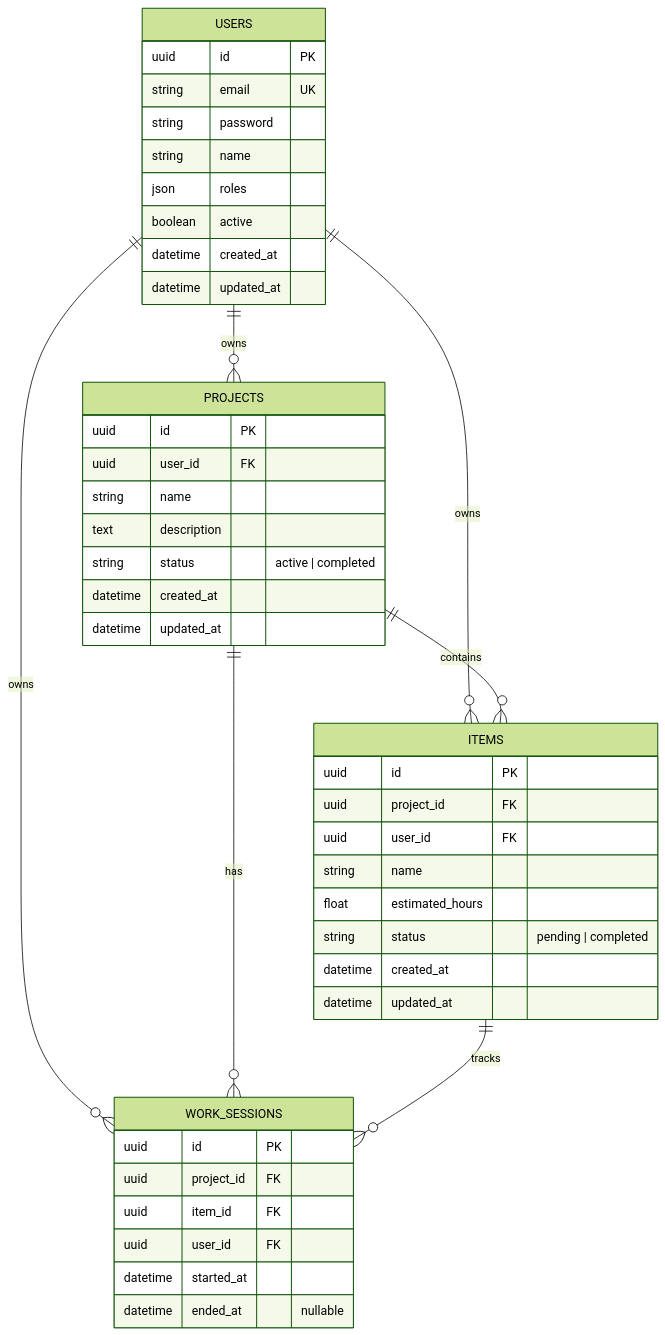
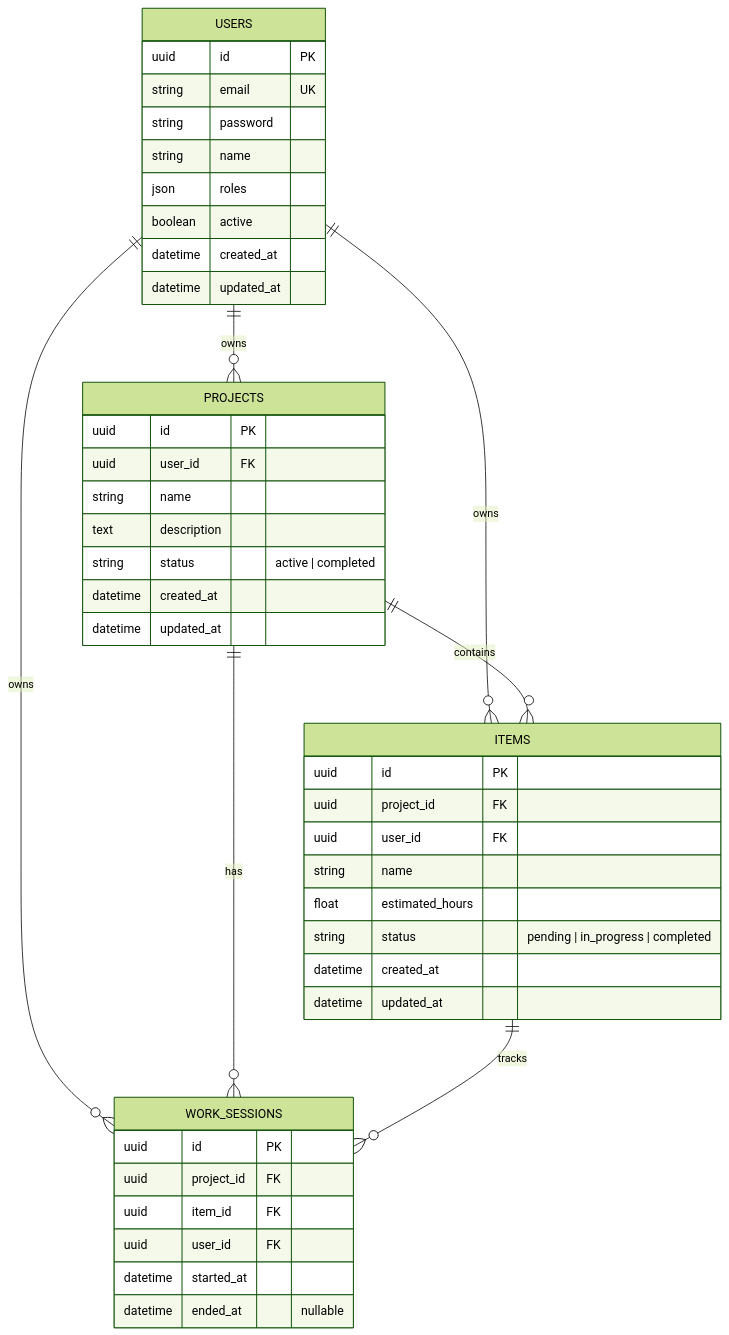
The diagram in README.md (adriangromero/hobbyplanner), drawn with Mermaid (forest theme) before and after one commit. The commit also changed other lines of this file and 98 other files, not shown here.

````diff
--- a/README.md
+++ b/README.md
@@ -74,50 +74,50 @@
 ```mermaid
 erDiagram
     USERS {
         uuid id PK
         string email UK
         string password
         string name
         json roles
         boolean active
         datetime created_at
         datetime updated_at
     }
 
     PROJECTS {
         uuid id PK
         uuid user_id FK
         string name
         text description
         string status "active | completed"
         datetime created_at
         datetime updated_at
     }
 
     ITEMS {
         uuid id PK
         uuid project_id FK
         uuid user_id FK
         string name
         float estimated_hours
-        string status "pending | completed"
+        string status "pending | in_progress | completed"
         datetime created_at
         datetime updated_at
     }
 
     WORK_SESSIONS {
         uuid id PK
         uuid project_id FK
         uuid item_id FK
         uuid user_id FK
         datetime started_at
         datetime ended_at "nullable"
     }
 
     USERS ||--o{ PROJECTS : "owns"
     USERS ||--o{ ITEMS : "owns"
     USERS ||--o{ WORK_SESSIONS : "owns"
     PROJECTS ||--o{ ITEMS : "contains"
     PROJECTS ||--o{ WORK_SESSIONS : "has"
     ITEMS ||--o{ WORK_SESSIONS : "tracks"
 ```
````
